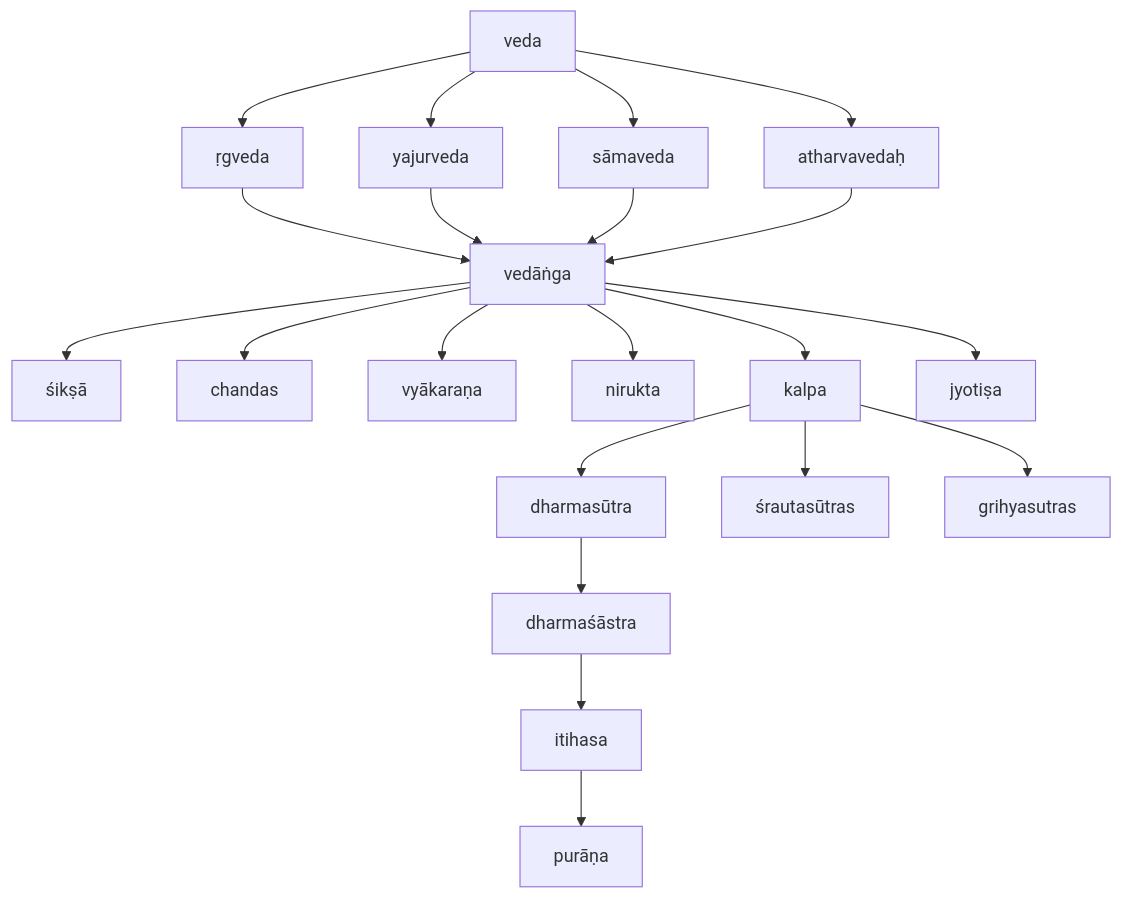
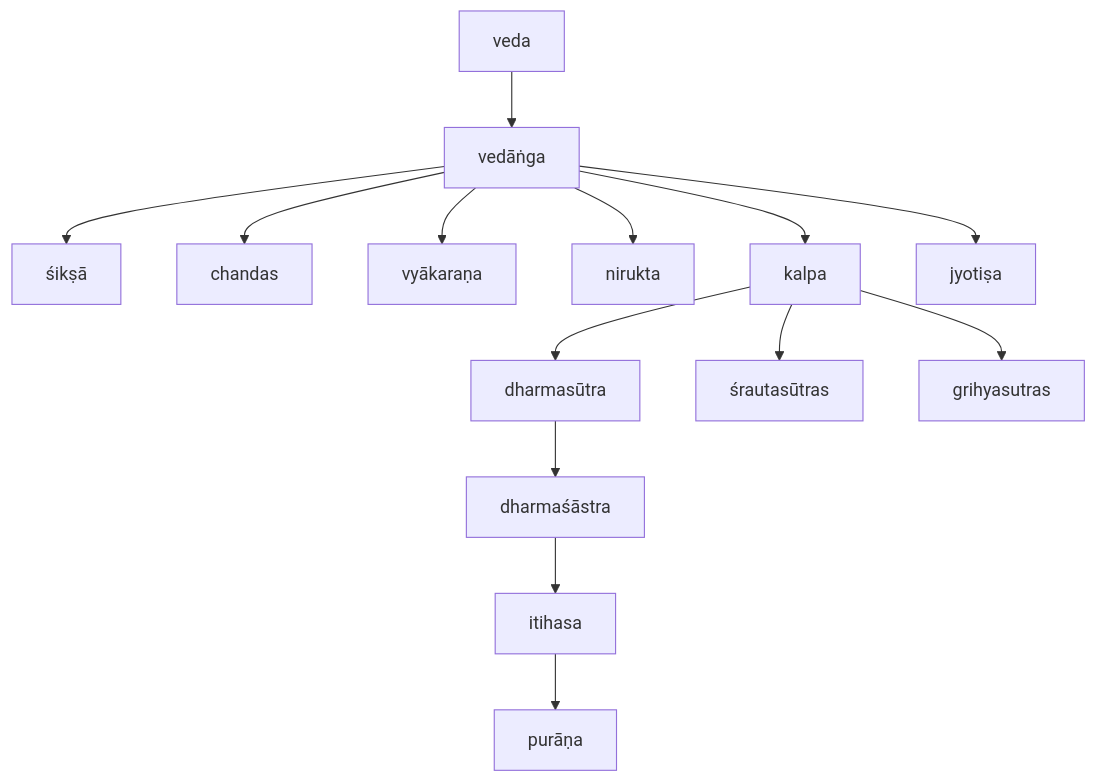
One commit to World-Vedic-Heritage-University/.github changed the diagram in README.md. Above: the diagram before and after it, drawn with Mermaid.

````diff
--- a/README.md
+++ b/README.md
@@ -4,31 +4,20 @@
 ```mermaid
+
 
 graph TD;
 
-    veda-->ṛgveda;
-    veda-->yajurveda;
-    veda-->sāmaveda;
-    veda-->atharvavedaḥ;
-
-
-    ṛgveda-->vedāṅga;
-    yajurveda-->vedāṅga;
-    sāmaveda-->vedāṅga;
-    atharvavedaḥ-->vedāṅga;
-    
+    veda-->vedāṅga;    
     vedāṅga-->śikṣā;
     vedāṅga-->chandas;
     vedāṅga-->vyākaraṇa;
     vedāṅga-->nirukta;
     vedāṅga-->kalpa;
     vedāṅga-->jyotiṣa;
     kalpa-->dharmasūtra;
     kalpa-->śrautasūtras;
     kalpa-->grihyasutras;
     dharmasūtra-->dharmaśāstra;
     dharmaśāstra-->itihasa;
     itihasa-->purāṇa;
 
-
-
 ```
````
